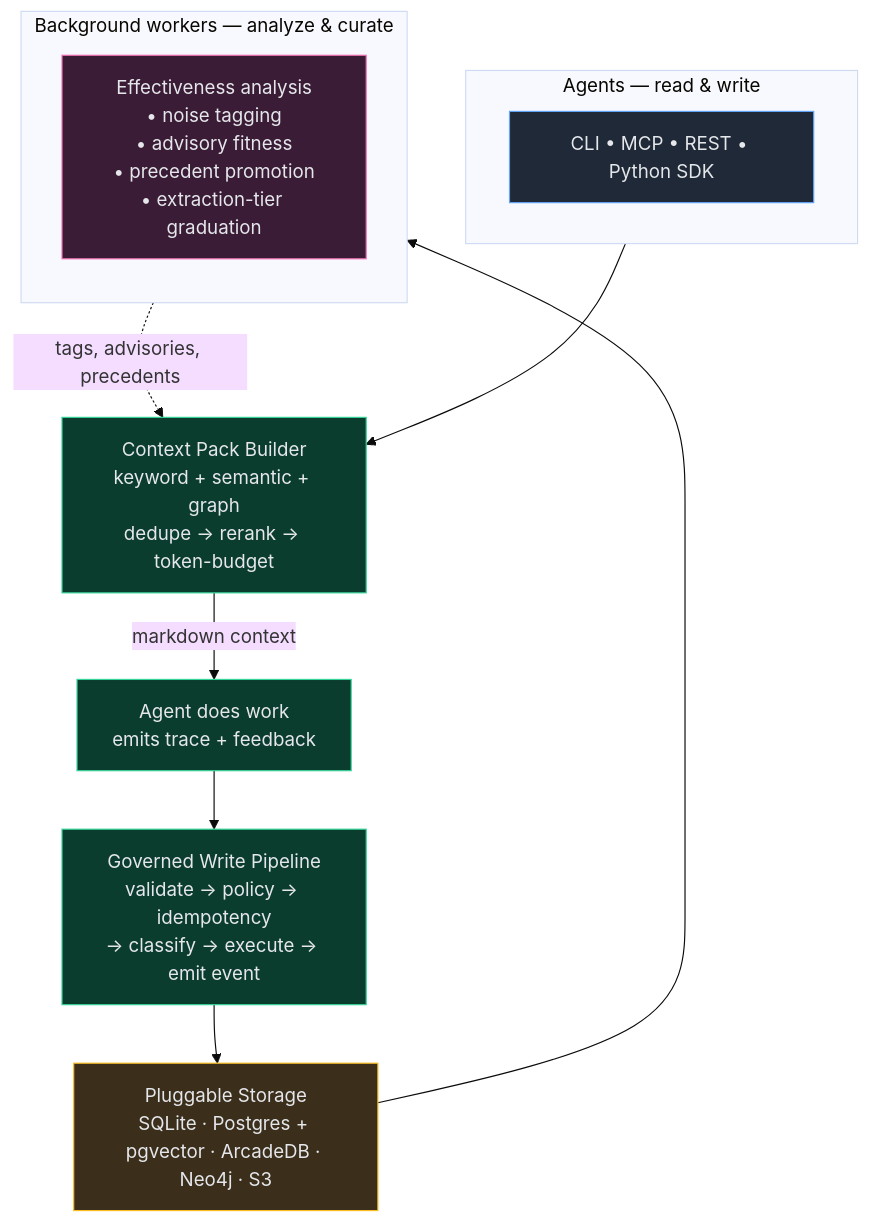
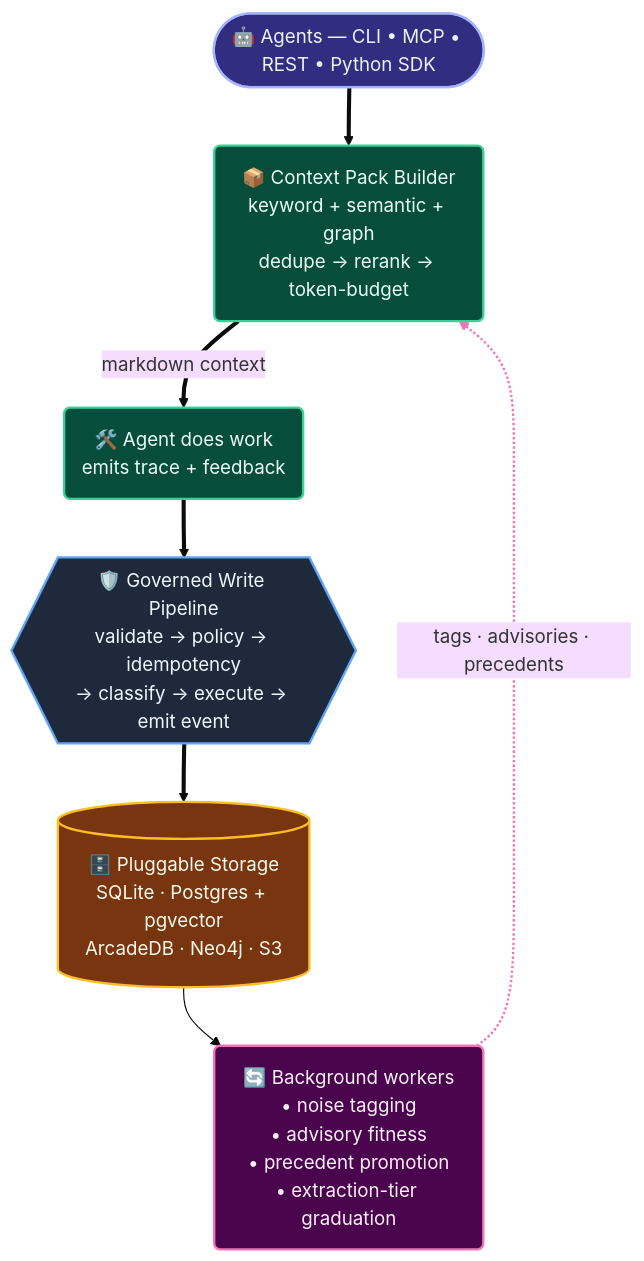
Before and after one commit to ronsse/trellis-ai: the fourth of 6 diagrams in README.md, drawn with Mermaid (base theme). The commit also changed other lines of this file, not shown here.

First line of the commit message:
docs(readme): redesign all six diagrams for readability

````diff
--- a/README.md
+++ b/README.md
@@ -193,33 +203,30 @@
 ```mermaid
+%%{init: {"flowchart": {"curve": "basis"}}}%%
 flowchart TB
-    subgraph Agents["Agents — read & write"]
-        direction LR
-        IF["CLI • MCP • REST • Python SDK"]
-    end
+    IF(["🤖 Agents — CLI • MCP • REST • Python SDK"])
 
-    Pack["Context Pack Builder<br/>keyword + semantic + graph<br/>dedupe → rerank → token-budget"]
-    Work["Agent does work<br/>emits trace + feedback"]
-    Mut["Governed Write Pipeline<br/>validate → policy → idempotency<br/>→ classify → execute → emit event"]
-    Store["Pluggable Storage<br/>SQLite · Postgres + pgvector · ArcadeDB · Neo4j · S3"]
+    Pack("📦 Context Pack Builder<br/>keyword + semantic + graph<br/>dedupe → rerank → token-budget")
+    Work("🛠️ Agent does work<br/>emits trace + feedback")
+    Mut{{"🛡️ Governed Write Pipeline<br/>validate → policy → idempotency<br/>→ classify → execute → emit event"}}
+    Store[("🗄️ Pluggable Storage<br/>SQLite · Postgres + pgvector<br/>ArcadeDB · Neo4j · S3")]
+    W("🔄 Background workers<br/>• noise tagging<br/>• advisory fitness<br/>• precedent promotion<br/>• extraction-tier graduation")
 
-    subgraph Workers["Background workers — analyze & curate"]
-        direction TB
-        W["Effectiveness analysis<br/>• noise tagging<br/>• advisory fitness<br/>• precedent promotion<br/>• extraction-tier graduation"]
-    end
+    IF ==> Pack
+    Pack == "markdown context" ==> Work
+    Work ==> Mut
+    Mut ==> Store
+    Store --> W
+    W -. "tags · advisories · precedents" .-> Pack
 
-    IF --> Pack
-    Pack -- "markdown context" --> Work
-    Work --> Mut
-    Mut --> Store
-    Store --> W
-    W -. "tags, advisories, precedents" .-> Pack
-
-    classDef iface fill:#1f2937,stroke:#60a5fa,color:#e5e7eb;
-    classDef core fill:#0b3d2e,stroke:#34d399,color:#e5e7eb;
-    classDef store fill:#3b2f1c,stroke:#fbbf24,color:#e5e7eb;
-    classDef worker fill:#3b1c36,stroke:#f472b6,color:#e5e7eb;
+    classDef iface fill:#312e81,stroke:#a5b4fc,stroke-width:2px,color:#eef2ff;
+    classDef core fill:#064e3b,stroke:#34d399,stroke-width:2px,color:#ecfdf5;
+    classDef gate fill:#1e293b,stroke:#60a5fa,stroke-width:2px,color:#eff6ff;
+    classDef store fill:#78350f,stroke:#fbbf24,stroke-width:2px,color:#fffbeb;
+    classDef worker fill:#4a044e,stroke:#f472b6,stroke-width:2px,color:#fdf2f8;
     class IF iface;
-    class Pack,Work,Mut core;
+    class Pack,Work core;
+    class Mut gate;
     class Store store;
     class W worker;
+    linkStyle 5 stroke:#f472b6,stroke-width:2px;
 ```
````
